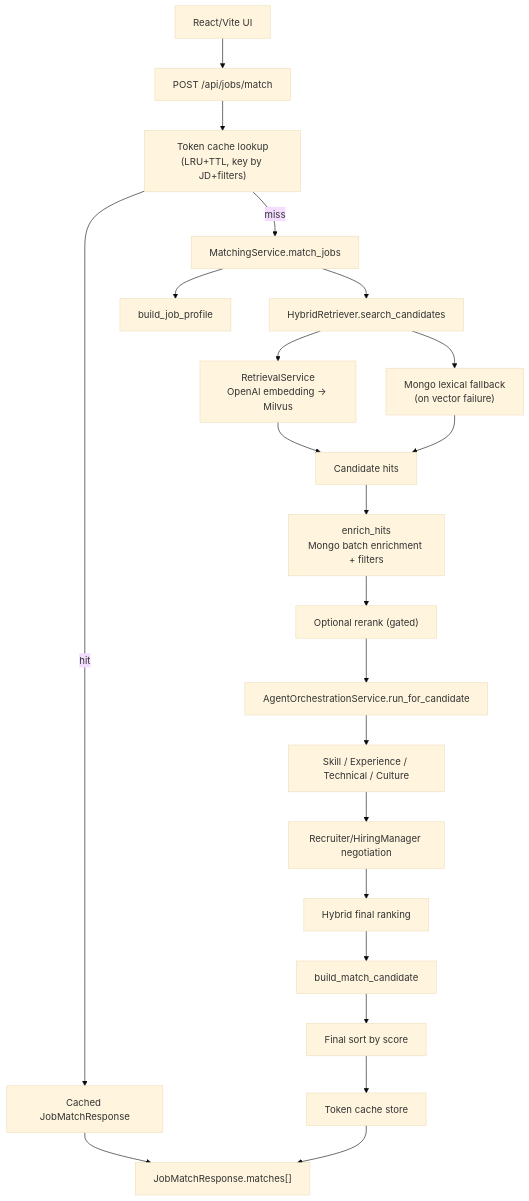
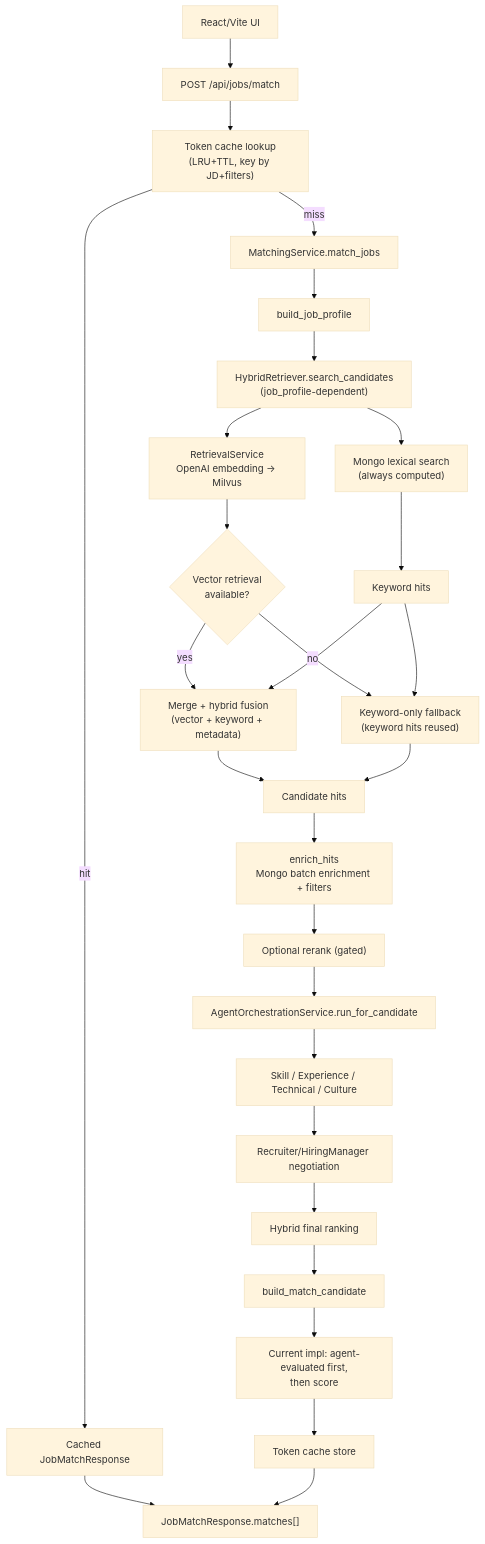
One commit to rhsoddld/resume-matching-pj changed the diagram in docs/data-flow/candidate_retrieval_flow.md. Above: the diagram before and after it, drawn with Mermaid (base theme). The commit also changed other lines of this file and 43 other files, not shown here.

````diff
--- a/docs/data-flow/candidate_retrieval_flow.md
+++ b/docs/data-flow/candidate_retrieval_flow.md
@@ -20,27 +20,32 @@
 ```mermaid
 flowchart TD
   ui["React/Vite UI"] --> api["POST /api/jobs/match"]
   api --> cacheLookup["Token cache lookup\n(LRU+TTL, key by JD+filters)"]
   cacheLookup -- "hit" --> cacheHit["Cached JobMatchResponse"]
   cacheHit --> response["JobMatchResponse.matches[]"]
   cacheLookup -- "miss" --> match["MatchingService.match_jobs"]
   match --> profile["build_job_profile"]
-  match --> retriever["HybridRetriever.search_candidates"]
+  profile --> retriever["HybridRetriever.search_candidates\n(job_profile-dependent)"]
 
+  retriever --> keyword["Mongo lexical search\n(always computed)"]
   retriever --> vector["RetrievalService\nOpenAI embedding -> Milvus"]
-  retriever --> fallback["Mongo lexical fallback\n(on vector failure)"]
-
-  vector --> hits["Candidate hits"]
+  vector --> vectorOk{"Vector retrieval\navailable?"}
+  keyword --> keywordHits["Keyword hits"]
+  vectorOk -- "yes" --> fusion["Merge + hybrid fusion\n(vector + keyword + metadata)"]
+  vectorOk -- "no" --> fallback["Keyword-only fallback\n(keyword hits reused)"]
+  keywordHits --> fusion
+  keywordHits --> fallback
+  fusion --> hits["Candidate hits"]
   fallback --> hits
 
   hits --> enrich["enrich_hits\nMongo batch enrichment + filters"]
   enrich --> rerank["Optional rerank (gated)"]
   rerank --> agent["AgentOrchestrationService.run_for_candidate"]
   agent --> bundle["Skill / Experience / Technical / Culture"]
   bundle --> weight["Recruiter/HiringManager negotiation"]
   weight --> rank["Hybrid final ranking"]
   rank --> build["build_match_candidate"]
-  build --> sort["Final sort by score"]
+  build --> sort["Current impl: agent-evaluated first,\nthen score"]
   sort --> cacheStore["Token cache store"]
   cacheStore --> response
 ```
````
